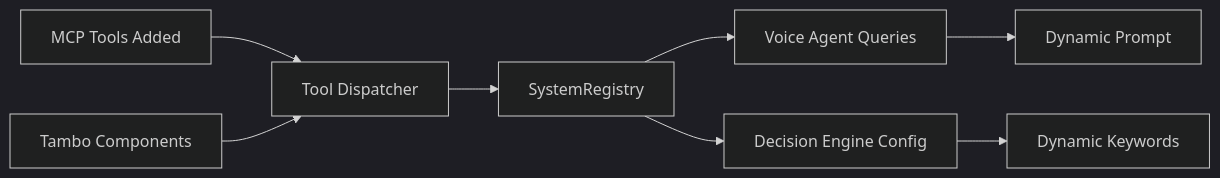
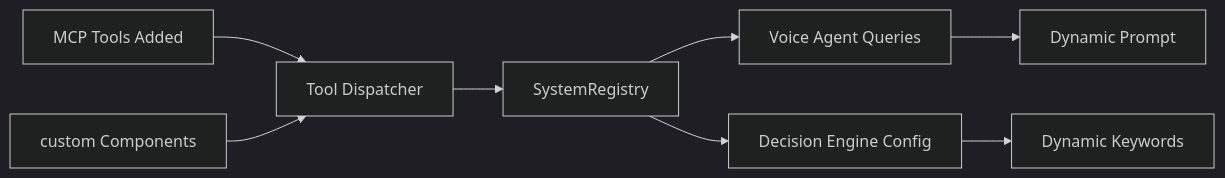
Before and after one commit to human-bee/PRESENT: the diagram in docs/SYSTEM_PROMPTS_OVERVIEW.md, drawn with Mermaid (dark theme). The commit also changed other lines of this file and 83 other files, not shown here.

First line of the commit message:
Refactor Tambo integration to use custom lib and update docs

````diff
--- a/docs/SYSTEM_PROMPTS_OVERVIEW.md
+++ b/docs/SYSTEM_PROMPTS_OVERVIEW.md
@@ -160,10 +165,10 @@
 ```mermaid
 graph LR
     A[MCP Tools Added] --> B[Tool Dispatcher]
-    C[Tambo Components] --> B
+    C[custom Components] --> B
     B --> D[SystemRegistry]
     D --> E[Voice Agent Queries]
     D --> F[Decision Engine Config]
     E --> G[Dynamic Prompt]
     F --> H[Dynamic Keywords]
 ```
````
